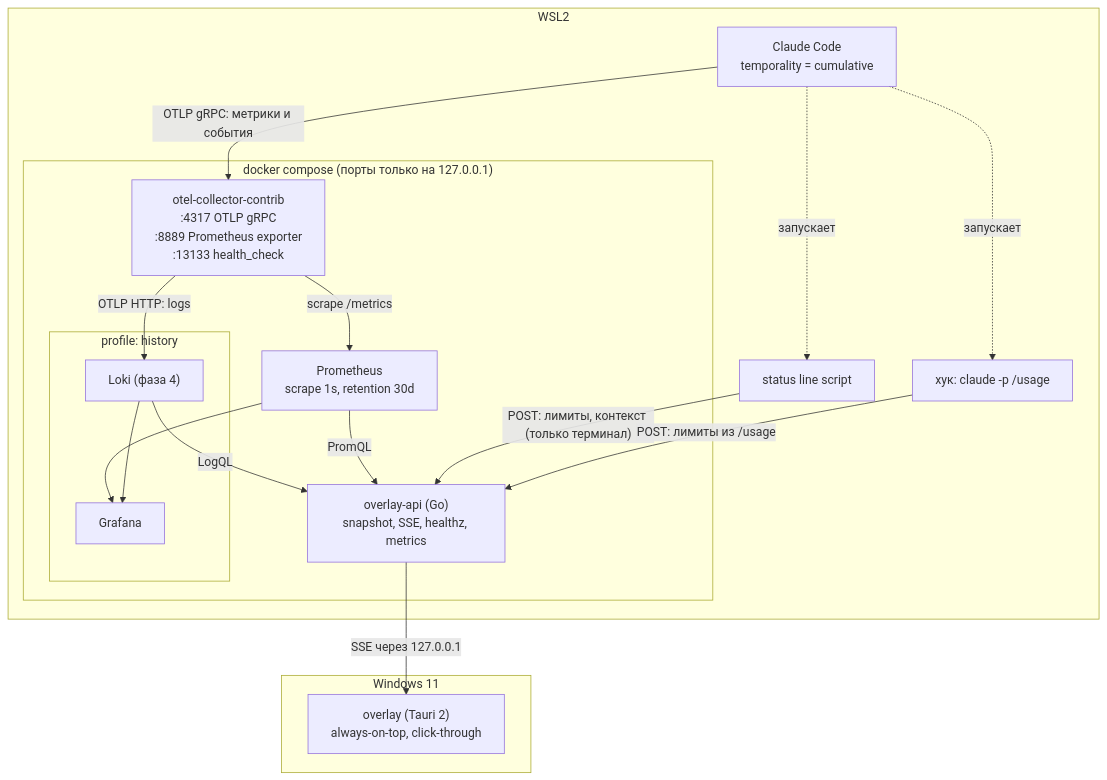
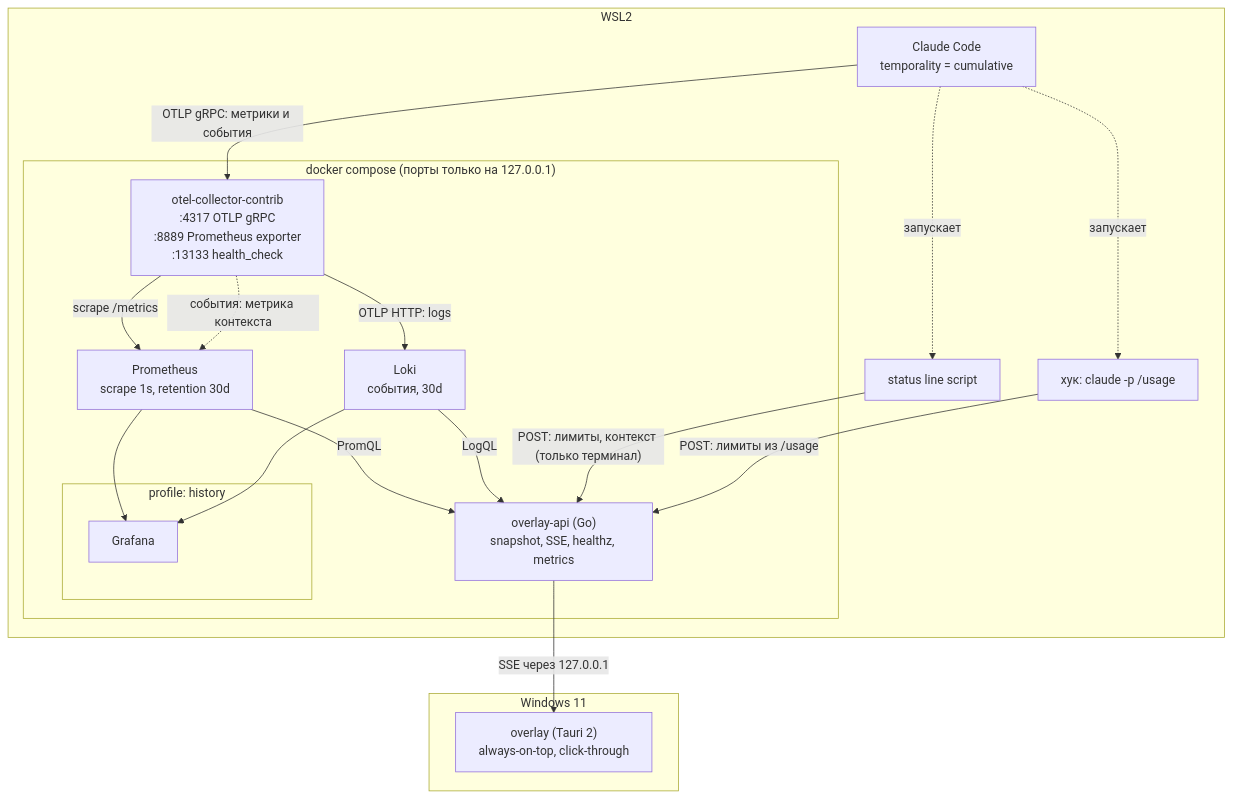
One commit to smetr1x/cc-overlay changed the diagram in docs/architecture.md. Above: the diagram before and after it, drawn with Mermaid. The commit also changed other lines of this file and 36 other files, not shown here.

````diff
--- a/docs/architecture.md
+++ b/docs/architecture.md
@@ -7,33 +7,34 @@
 ```mermaid
 flowchart TB
     subgraph WSL["WSL2"]
         CC["Claude Code<br/>temporality = cumulative"]
         SL["status line script"]
         HOOK["хук: claude -p /usage"]
         subgraph compose["docker compose (порты только на 127.0.0.1)"]
             COL["otel-collector-contrib<br/>:4317 OTLP gRPC<br/>:8889 Prometheus exporter<br/>:13133 health_check"]
             PROM["Prometheus<br/>scrape 1s, retention 30d"]
             API["overlay-api (Go)<br/>snapshot, SSE, healthz, metrics"]
+            LOKI["Loki<br/>события, 30d"]
             subgraph history["profile: history"]
-                LOKI["Loki (фаза 4)"]
                 GRAF["Grafana"]
             end
         end
     end
     subgraph WIN["Windows 11"]
         OVL["overlay (Tauri 2)<br/>always-on-top, click-through"]
     end
 
     CC -- "OTLP gRPC: метрики и события" --> COL
     CC -. "запускает" .-> SL
     CC -. "запускает" .-> HOOK
     COL -- "scrape /metrics" --> PROM
     COL -- "OTLP HTTP: logs" --> LOKI
     PROM -- "PromQL" --> API
+    COL -. "события: метрика контекста" .-> PROM
     LOKI -- "LogQL" --> API
     SL -- "POST: лимиты, контекст (только терминал)" --> API
     HOOK -- "POST: лимиты из /usage" --> API
     PROM --> GRAF
     LOKI --> GRAF
     API -- "SSE через 127.0.0.1" --> OVL
 ```
````
